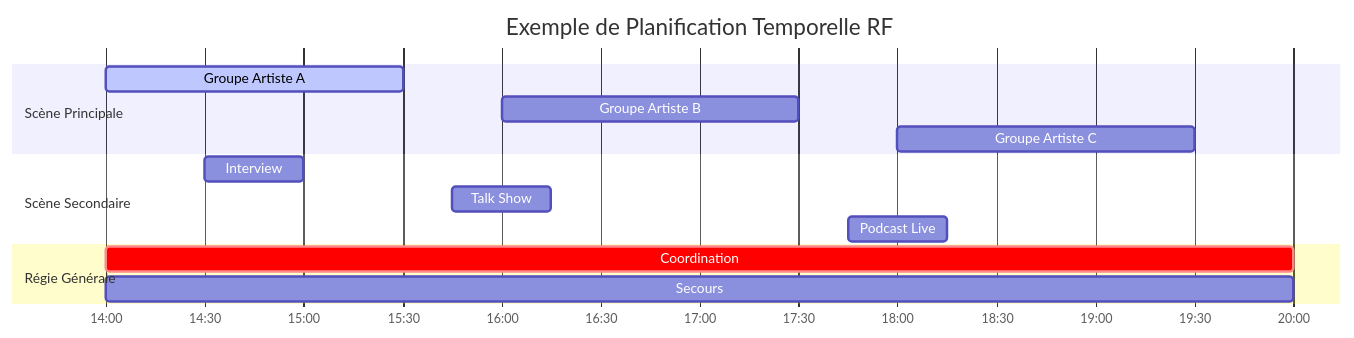
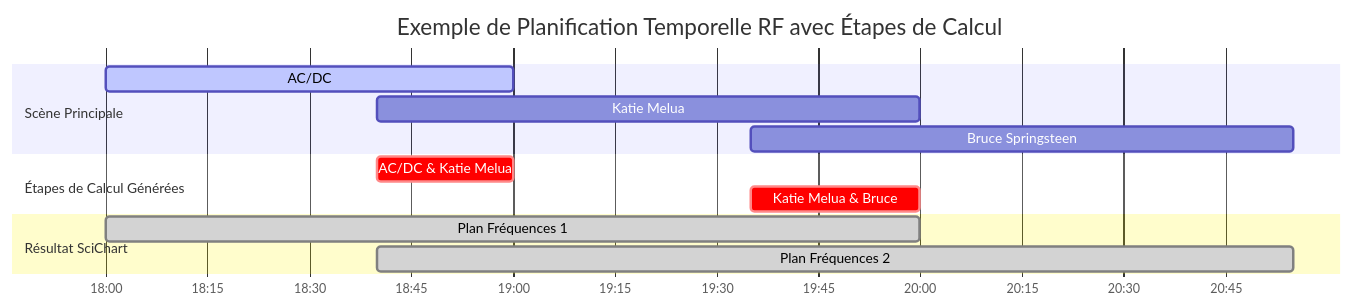
The first of 4 diagrams in docusaurus/docs/features/time-management.md (Beatwen/RF_Go), drawn with Mermaid before and after one commit. The commit also changed other lines of this file and 17 other files, not shown here.

````diff
--- a/docusaurus/docs/features/time-management.md
+++ b/docusaurus/docs/features/time-management.md
@@ -16,20 +16,19 @@
 ```mermaid
 gantt
-    title Exemple de Planification Temporelle RF
+    title Exemple de Planification Temporelle RF avec Étapes de Calcul
     dateFormat HH:mm
     axisFormat %H:%M
     
     section Scène Principale
-    Groupe Artiste A    :active, artist-a, 14:00, 15:30
-    Groupe Artiste B    :artist-b, 16:00, 17:30
-    Groupe Artiste C    :artist-c, 18:00, 19:30
+    AC/DC               :active, artist-a, 18:00, 19:00
+    Katie Melua         :artist-b, 18:40, 20:00
+    Bruce Springsteen   :artist-c, 19:35, 20:55
     
-    section Scène Secondaire
-    Interview          :interview, 14:30, 15:00
-    Talk Show          :talk, 15:45, 16:15
-    Podcast Live       :podcast, 17:45, 18:15
+    section Étapes de Calcul Générées
+    AC/DC & Katie Melua      :crit, step1, 18:40, 19:00
+    Katie Melua & Bruce      :crit, step2, 19:35, 20:00
     
-    section Régie Générale
-    Coordination       :crit, coord, 14:00, 20:00
-    Secours            :backup, 14:00, 20:00
+    section Résultat SciChart
+    Plan Fréquences 1   :done, plan1, 18:00, 20:00
+    Plan Fréquences 2   :done, plan2, 18:40, 20:55
 ```
````
